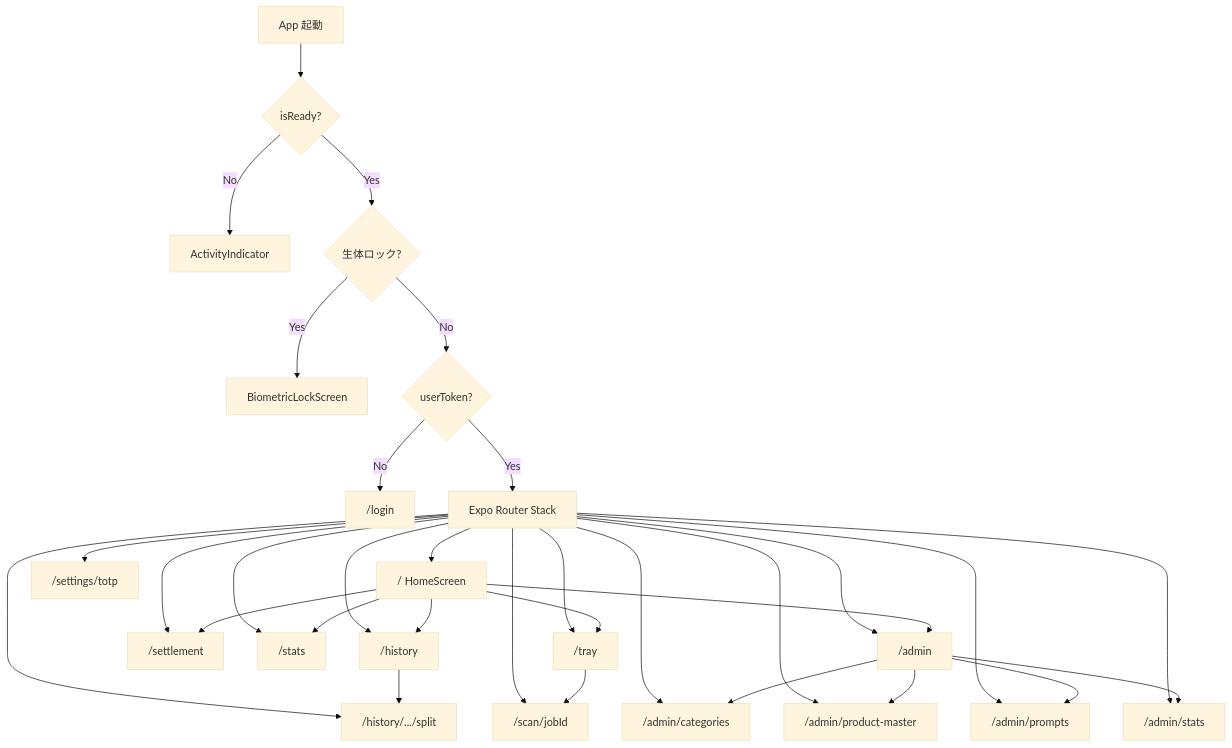
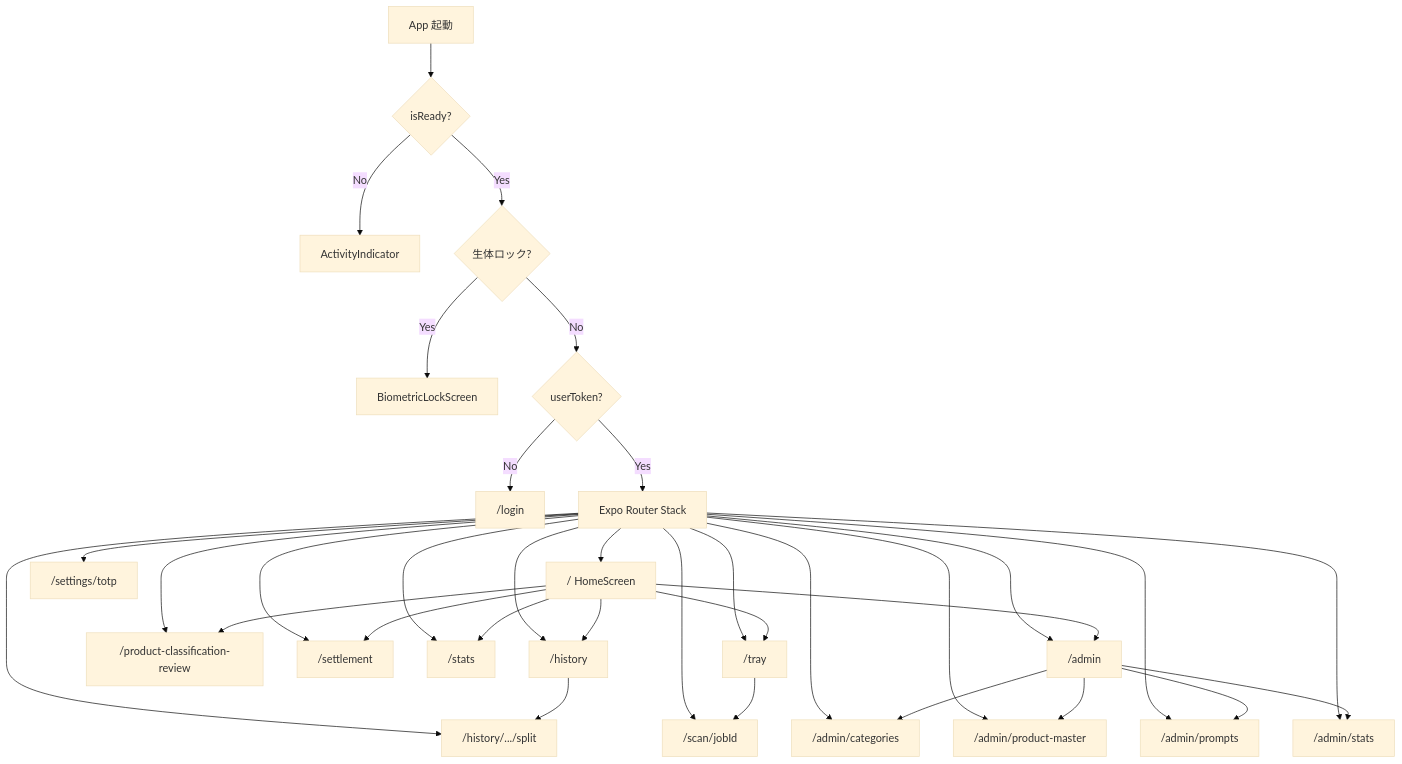
Before and after one commit to yama180sx/receipt-ai-app: the first of 4 diagrams in docs/design/frontend-screens.md, drawn with Mermaid (base theme). The commit also changed other lines of this file and 29 other files, not shown here.

Commit message:
feat: add product classification review

````diff
--- a/docs/design/frontend-screens.md
+++ b/docs/design/frontend-screens.md
@@ -68,29 +69,30 @@
 ```mermaid
 flowchart TD
   Start[App 起動] --> Ready{isReady?}
   Ready -->|No| Loading[ActivityIndicator]
   Ready -->|Yes| Bio{生体ロック?}
   Bio -->|Yes| BioScreen[BiometricLockScreen]
   Bio -->|No| Auth{userToken?}
   Auth -->|No| Login["/login"]
   Auth -->|Yes| Routes[Expo Router Stack]
 
   Routes --> Home["/ HomeScreen"]
   Routes --> Hist["/history"]
+  Routes --> ClassReview["/product-classification-review"]
   Routes --> Split["/history/.../split"]
   Routes --> Settle["/settlement"]
   Routes --> Stats["/stats"]
   Routes --> Tray["/tray"]
   Routes --> Scan["/scan/jobId"]
   Routes --> Admin["/admin"]
   Routes --> Cat["/admin/categories"]
   Routes --> Prod["/admin/product-master"]
   Routes --> Prompt["/admin/prompts"]
   Routes --> AdminS["/admin/stats"]
   Routes --> Totp["/settings/totp"]
 
-  Home --> Hist & Stats & Tray & Settle & Admin
+  Home --> Hist & ClassReview & Stats & Tray & Settle & Admin
   Tray --> Scan
   Hist --> Split
   Admin --> Cat & Prod & Prompt & AdminS
 ```
````
